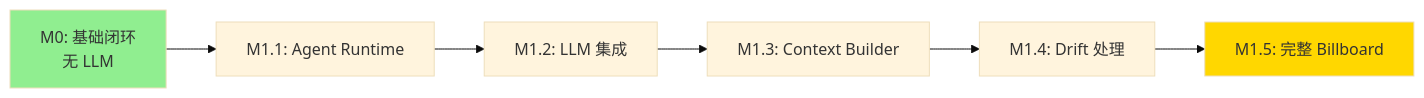
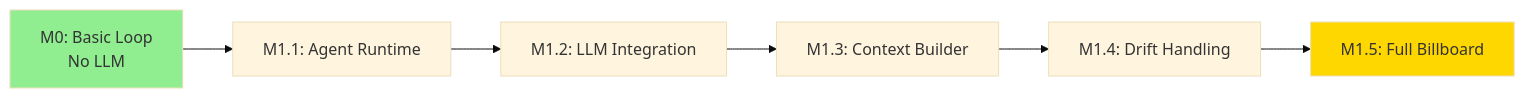
The fifth of 5 diagrams in docs/M0_STATUS.md (Adversarr/coauthor), drawn with Mermaid (base theme) before and after one commit. The commit also changed other lines of this file and 13 other files, not shown here.

````diff
--- a/docs/M0_STATUS.md
+++ b/docs/M0_STATUS.md
@@ -460,11 +464,11 @@
 ```mermaid
 graph LR
-    M0[M0: 基础闭环<br/>无 LLM] --> M1A[M1.1: Agent Runtime]
-    M1A --> M1B[M1.2: LLM 集成]
+    M0[M0: Basic Loop<br/>No LLM] --> M1A[M1.1: Agent Runtime]
+    M1A --> M1B[M1.2: LLM Integration]
     M1B --> M1C[M1.3: Context Builder]
-    M1C --> M1D[M1.4: Drift 处理]
-    M1D --> M1E[M1.5: 完整 Billboard]
+    M1C --> M1D[M1.4: Drift Handling]
+    M1D --> M1E[M1.5: Full Billboard]
     
     style M0 fill:#90EE90
     style M1E fill:#FFD700
 ```
````
